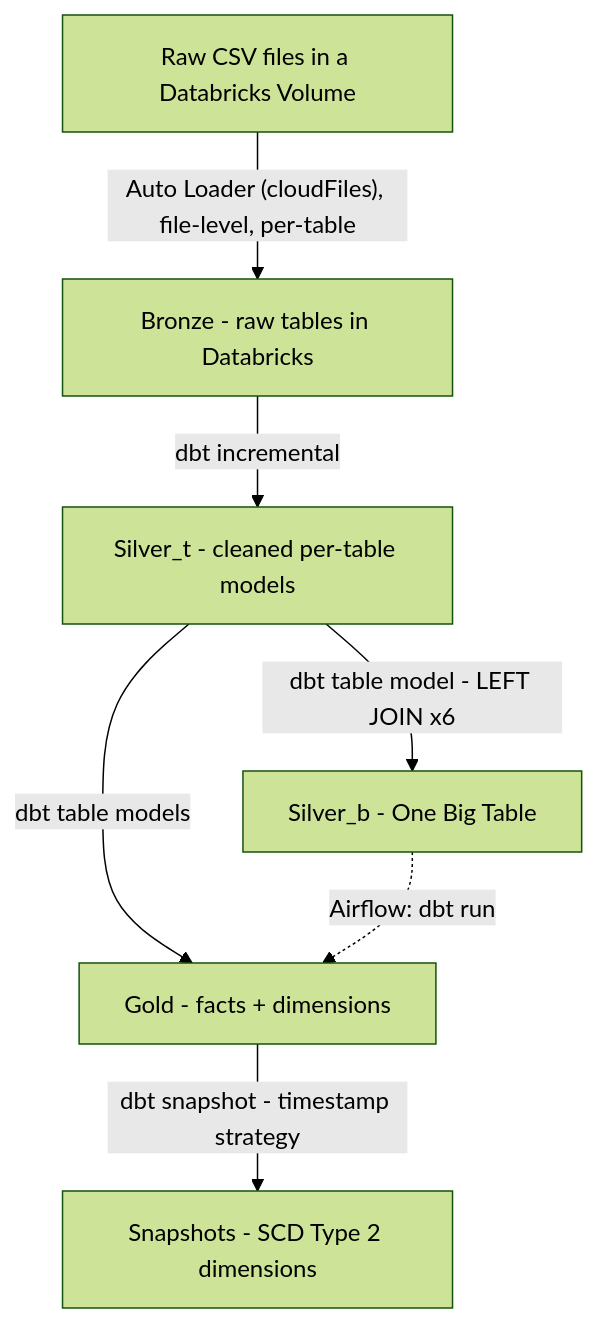
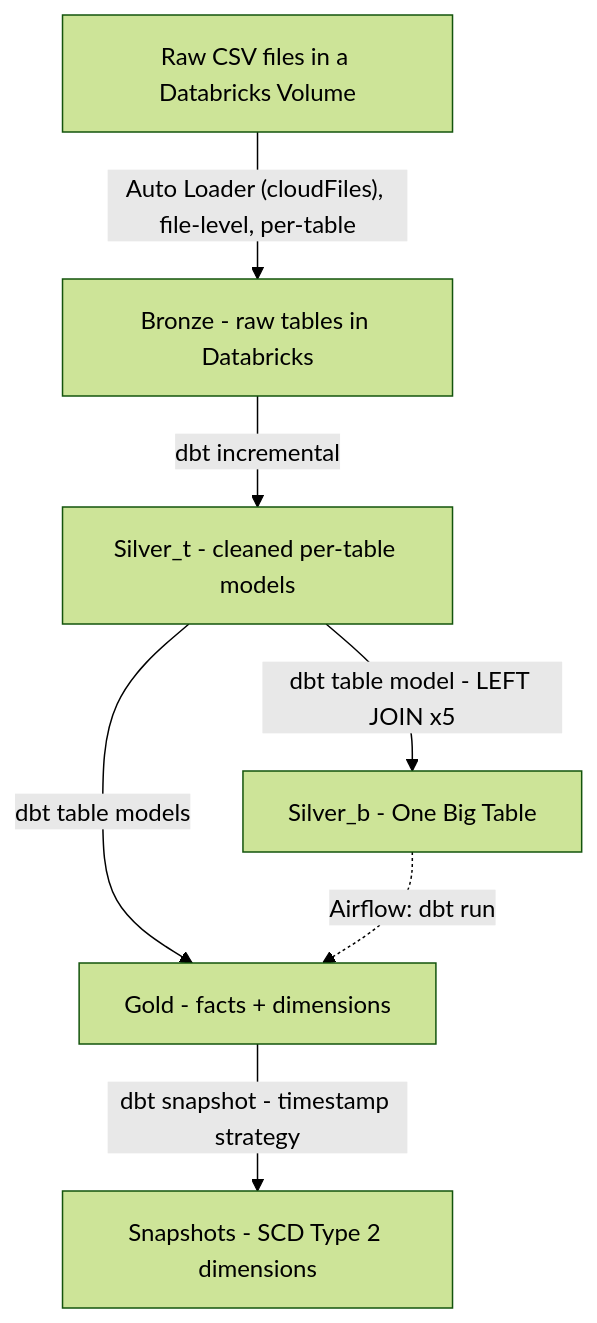
One commit to chao797Adam/walmart_case changed the diagram in README.md. Above: the diagram before and after it, drawn with Mermaid (forest theme). The commit also changed other lines of this file and 2 other files, not shown here.

````diff
--- a/README.md
+++ b/README.md
@@ -24,9 +24,9 @@
 ```mermaid
 flowchart TD
     A["Raw CSV files in a Databricks Volume"] -->|"Auto Loader (cloudFiles), file-level, per-table"| B["Bronze - raw tables in Databricks"]
     B -->|"dbt incremental"| C["Silver_t - cleaned per-table models"]
-    C -->|"dbt table model - LEFT JOIN x6"| D["Silver_b - One Big Table"]
+    C -->|"dbt table model - LEFT JOIN x5"| D["Silver_b - One Big Table"]
     C -->|"dbt table models"| E["Gold - facts + dimensions"]
     E -->|"dbt snapshot - timestamp strategy"| F["Snapshots - SCD Type 2 dimensions"]
     D -.->|"Airflow: dbt run"| E
 ```
````
